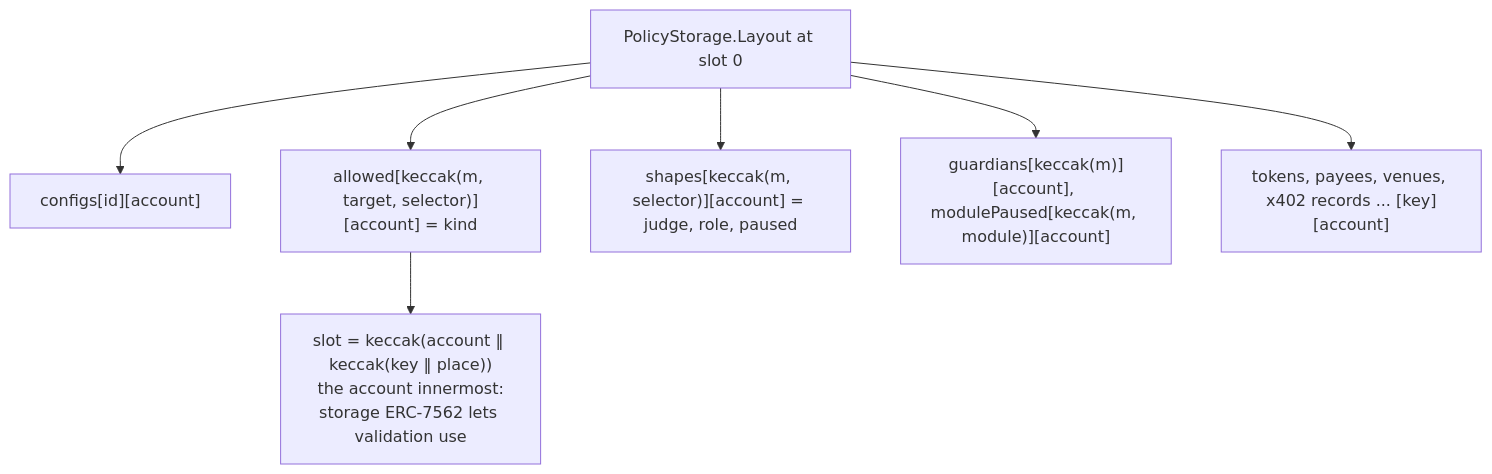
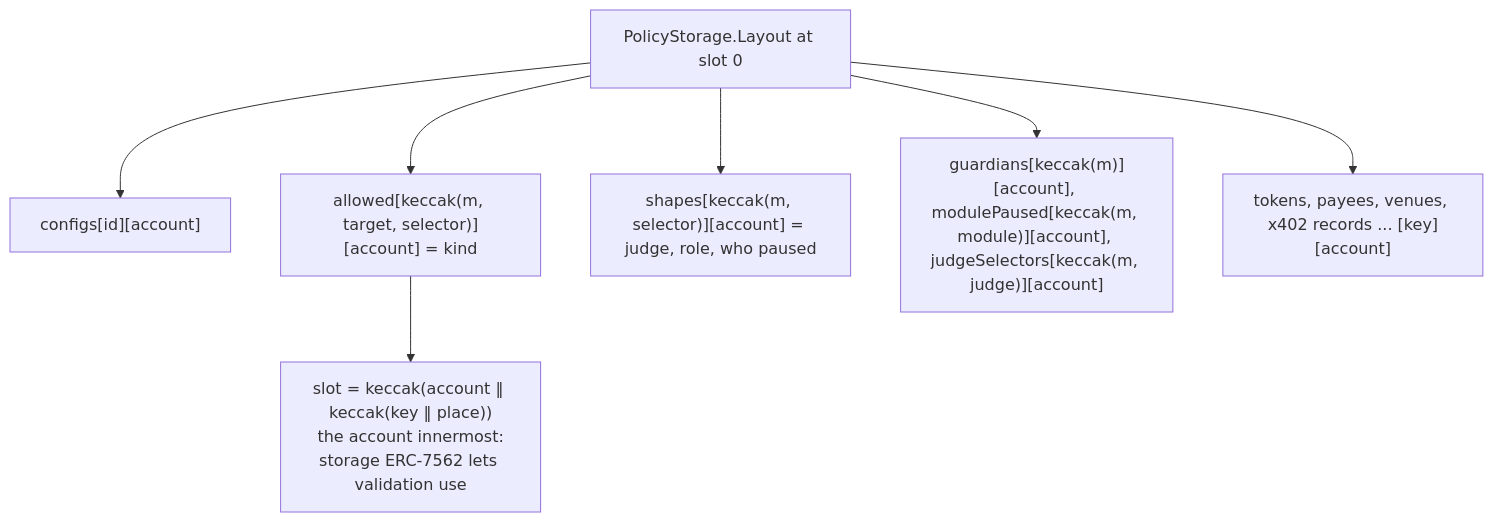
Before and after one commit to postcryptum-research/agent-keys: the fifth of 5 diagrams in docs/ARCHITECTURE.md, drawn with Mermaid. The commit also changed other lines of this file and 20 other files, not shown here.

````diff
--- a/docs/ARCHITECTURE.md
+++ b/docs/ARCHITECTURE.md
@@ -238,9 +259,9 @@
 ```mermaid
 flowchart TB
     L["PolicyStorage.Layout at slot 0"] --> C["configs[id][account]"]
     L --> A["allowed[keccak(m, target, selector)][account] = kind"]
-    L --> S["shapes[keccak(m, selector)][account] = judge, role, paused"]
-    L --> GD["guardians[keccak(m)][account], modulePaused[keccak(m, module)][account]"]
+    L --> S["shapes[keccak(m, selector)][account] = judge, role, who paused"]
+    L --> GD["guardians[keccak(m)][account], modulePaused[keccak(m, module)][account], judgeSelectors[keccak(m, judge)][account]"]
     L --> T["tokens, payees, venues, x402 records ... [key][account]"]
     A --> R["slot = keccak(account ‖ keccak(key ‖ place))<br/>the account innermost:<br/>storage ERC-7562 lets validation use"]
 ```
````
